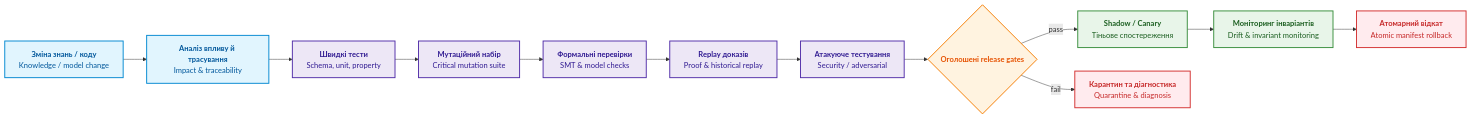
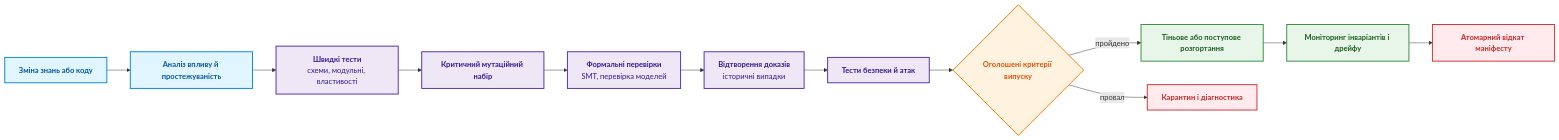
One commit to nick-fedchik/articles changed the fifth of 5 diagrams in ExpertSystem/ch23-knowledge-base-verification.md. Above: the diagram before and after it, drawn with Mermaid. The commit also changed other lines of this file, not shown here.

````diff
--- a/ExpertSystem/ch23-knowledge-base-verification.md
+++ b/ExpertSystem/ch23-knowledge-base-verification.md
@@ -438,29 +512,29 @@
 ```mermaid
 flowchart LR
     accTitle: Конвеєр контрольованих змін бази правил
-    accDescr: Від оцінки впливу до автоматизованих тестів, гейтів та релізу.
+    accDescr: Зміна проходить аналіз впливу, швидкі тести, мутаційний набір, формальні перевірки, відтворення доказів і тести безпеки; після шлюзу випуску йде тіньове розгортання з моніторингом і атомарним відкатом, а провал веде до карантину.
 
-    CH["<b>Зміна знань / коду</b><br/>Knowledge / model change"] --> IMP["<b>Аналіз впливу й трасування</b><br/>Impact & traceability"]
-    IMP --> FAST["<b>Швидкі тести</b><br/>Schema, unit, property"]
-    FAST --> MUT["<b>Мутаційний набір</b><br/>Critical mutation suite"]
-    MUT --> FORM["<b>Формальні перевірки</b><br/>SMT & model checks"]
-    FORM --> REP["<b>Replay доказів</b><br/>Proof & historical replay"]
-    REP --> ADV["<b>Атакуюче тестування</b><br/>Security / adversarial"]
-    ADV --> GATE{"<b>Оголошені release gates</b>"}
-    GATE -->|pass| SH["<b>Shadow / Canary</b><br/>Тіньове спостереження"]
-    GATE -->|fail| Q["<b>Карантин та діагностика</b><br/>Quarantine & diagnosis"]
-    SH --> MON["<b>Моніторинг інваріантів</b><br/>Drift & invariant monitoring"]
-    MON --> RB["<b>Атомарний відкат</b><br/>Atomic manifest rollback"]
+    CH["<b>Зміна знань або коду</b>"] --> IMP["<b>Аналіз впливу й простежуваність</b>"]
+    IMP --> FAST["<b>Швидкі тести</b><br/>схеми, модульні, властивості"]
+    FAST --> MUT["<b>Критичний мутаційний набір</b>"]
+    MUT --> FORM["<b>Формальні перевірки</b><br/>SMT, перевірка моделей"]
+    FORM --> REP["<b>Відтворення доказів</b><br/>історичні випадки"]
+    REP --> ADV["<b>Тести безпеки й атак</b>"]
+    ADV --> GATE{"<b>Оголошені критерії випуску</b>"}
+    GATE -->|"пройдено"| SH["<b>Тіньове або поступове розгортання</b>"]
+    GATE -->|"провал"| Q["<b>Карантин і діагностика</b>"]
+    SH --> MON["<b>Моніторинг інваріантів і дрейфу</b>"]
+    MON --> RB["<b>Атомарний відкат маніфесту</b>"]
 
     classDef ch fill:#e1f5fe,stroke:#0288d1,stroke-width:2px,color:#01579b;
     classDef test fill:#ede7f6,stroke:#512da8,stroke-width:2px,color:#311b92;
     classDef gate fill:#fff3e0,stroke:#f57c00,stroke-width:2px,color:#e65100;
     classDef rel fill:#e8f5e9,stroke:#388e3c,stroke-width:2px,color:#1b5e20;
     classDef fail fill:#ffebee,stroke:#d32f2f,stroke-width:2px,color:#c62828;
 
     class CH,IMP ch;
     class FAST,MUT,FORM,REP,ADV test;
     class GATE gate;
     class SH,MON rel;
     class Q,RB fail;
 ```
````
